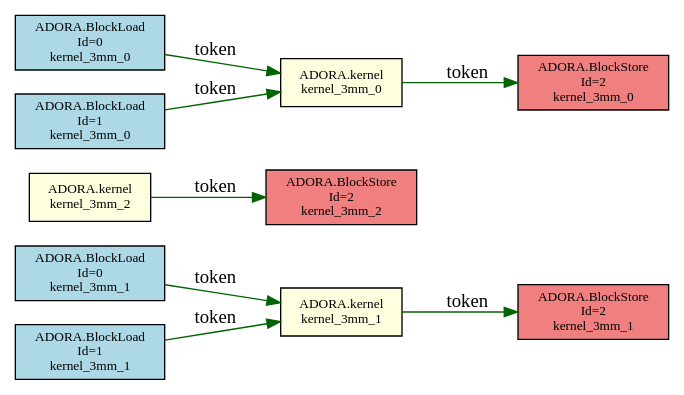
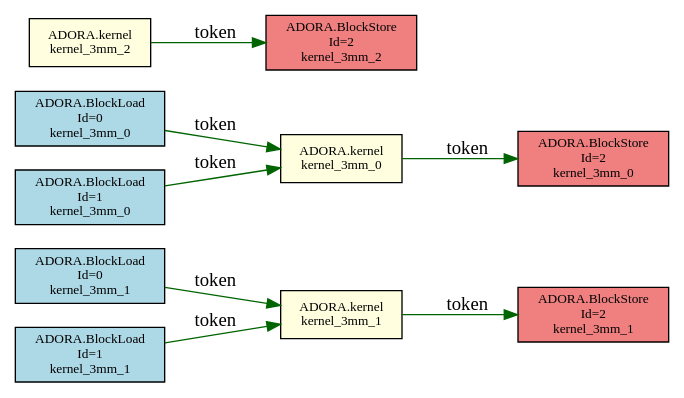
Before and after one commit to FDU-ME-ARC/adora-compiler: the diagram in experiment/taskschedule/03_3mm/tokens.dot, drawn with Graphviz. The commit also changed 21 other files, not shown here.

```diff
--- a/experiment/taskschedule/03_3mm/tokens.dot
+++ b/experiment/taskschedule/03_3mm/tokens.dot
@@ -1,21 +1,21 @@
 digraph token_graph {
   rankdir=LR;
   node [shape=box, fontsize=10];
-  "0x56056e7bb5e0" [label="ADORA.BlockLoad\nId=0\nkernel_3mm_1", style=filled, fillcolor=lightblue];
-  "0x56056e7f0820" [label="ADORA.BlockStore\nId=2\nkernel_3mm_2", style=filled, fillcolor=lightcoral];
-  "0x56056e7ee740" [label="ADORA.BlockLoad\nId=0\nkernel_3mm_0", style=filled, fillcolor=lightblue];
-  "0x56056e7ee7e0" [label="ADORA.kernel\nkernel_3mm_2", style=filled, fillcolor=lightyellow];
-  "0x56056e7f05e0" [label="ADORA.BlockLoad\nId=1\nkernel_3mm_1", style=filled, fillcolor=lightblue];
-  "0x56056e7f01d0" [label="ADORA.BlockLoad\nId=1\nkernel_3mm_0", style=filled, fillcolor=lightblue];
-  "0x56056e7eab20" [label="ADORA.BlockStore\nId=2\nkernel_3mm_0", style=filled, fillcolor=lightcoral];
-  "0x56056e7f0290" [label="ADORA.kernel\nkernel_3mm_0", style=filled, fillcolor=lightyellow];
-  "0x56056e7f06a0" [label="ADORA.kernel\nkernel_3mm_1", style=filled, fillcolor=lightyellow];
-  "0x56056e7f0750" [label="ADORA.BlockStore\nId=2\nkernel_3mm_1", style=filled, fillcolor=lightcoral];
-  "0x56056e7ee740" -> "0x56056e7f0290" [label="token", color=darkgreen];
-  "0x56056e7f01d0" -> "0x56056e7f0290" [label="token", color=darkgreen];
-  "0x56056e7f0290" -> "0x56056e7eab20" [label="token", color=darkgreen];
-  "0x56056e7bb5e0" -> "0x56056e7f06a0" [label="token", color=darkgreen];
-  "0x56056e7f05e0" -> "0x56056e7f06a0" [label="token", color=darkgreen];
-  "0x56056e7f06a0" -> "0x56056e7f0750" [label="token", color=darkgreen];
-  "0x56056e7ee7e0" -> "0x56056e7f0820" [label="token", color=darkgreen];
+  "0x563cc0755ef0" [label="ADORA.BlockLoad\nId=0\nkernel_3mm_1", style=filled, fillcolor=lightblue];
+  "0x563cc078a140" [label="ADORA.BlockLoad\nId=1\nkernel_3mm_1", style=filled, fillcolor=lightblue];
+  "0x563cc0783970" [label="ADORA.BlockStore\nId=2\nkernel_3mm_0", style=filled, fillcolor=lightcoral];
+  "0x563cc0787f30" [label="ADORA.kernel\nkernel_3mm_2", style=filled, fillcolor=lightyellow];
+  "0x563cc07899e0" [label="ADORA.kernel\nkernel_3mm_0", style=filled, fillcolor=lightyellow];
+  "0x563cc0787e90" [label="ADORA.BlockLoad\nId=0\nkernel_3mm_0", style=filled, fillcolor=lightblue];
+  "0x563cc0789920" [label="ADORA.BlockLoad\nId=1\nkernel_3mm_0", style=filled, fillcolor=lightblue];
+  "0x563cc078a380" [label="ADORA.BlockStore\nId=2\nkernel_3mm_2", style=filled, fillcolor=lightcoral];
+  "0x563cc078a200" [label="ADORA.kernel\nkernel_3mm_1", style=filled, fillcolor=lightyellow];
+  "0x563cc078a2b0" [label="ADORA.BlockStore\nId=2\nkernel_3mm_1", style=filled, fillcolor=lightcoral];
+  "0x563cc0787e90" -> "0x563cc07899e0" [label="token", color=darkgreen];
+  "0x563cc0789920" -> "0x563cc07899e0" [label="token", color=darkgreen];
+  "0x563cc07899e0" -> "0x563cc0783970" [label="token", color=darkgreen];
+  "0x563cc0755ef0" -> "0x563cc078a200" [label="token", color=darkgreen];
+  "0x563cc078a140" -> "0x563cc078a200" [label="token", color=darkgreen];
+  "0x563cc078a200" -> "0x563cc078a2b0" [label="token", color=darkgreen];
+  "0x563cc0787f30" -> "0x563cc078a380" [label="token", color=darkgreen];
 }
```
